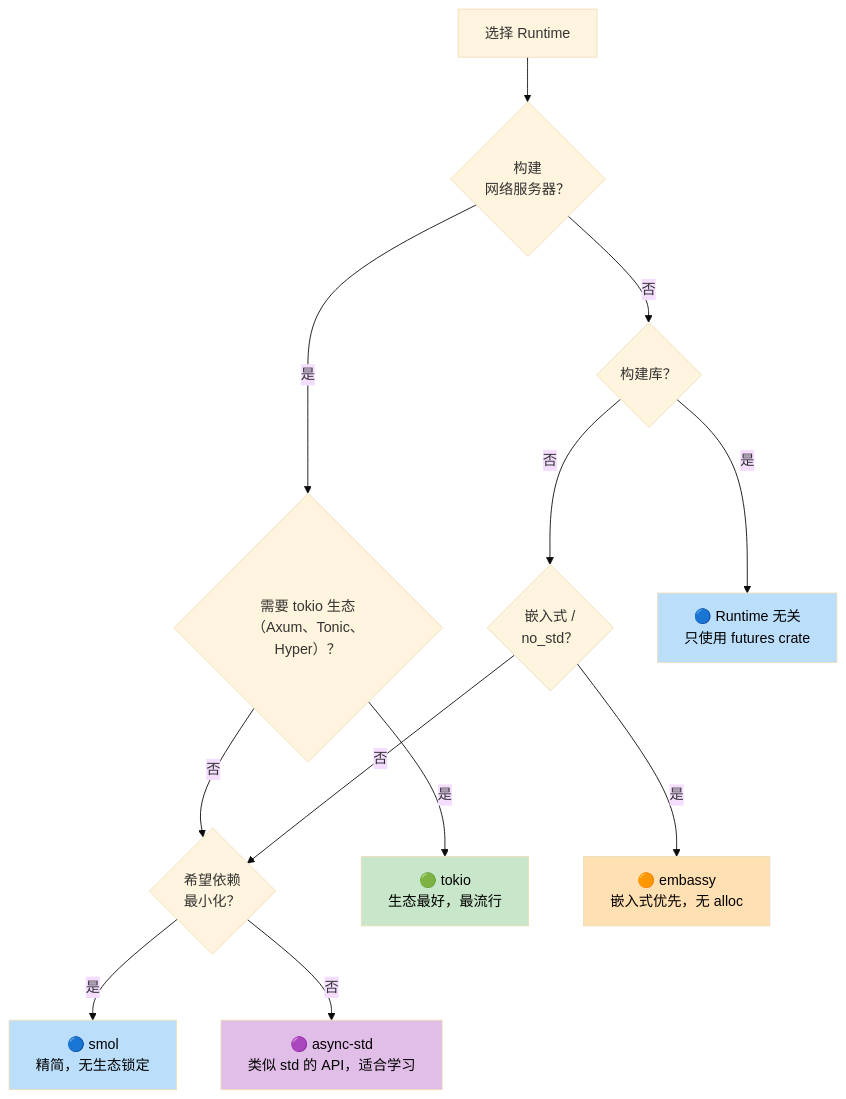
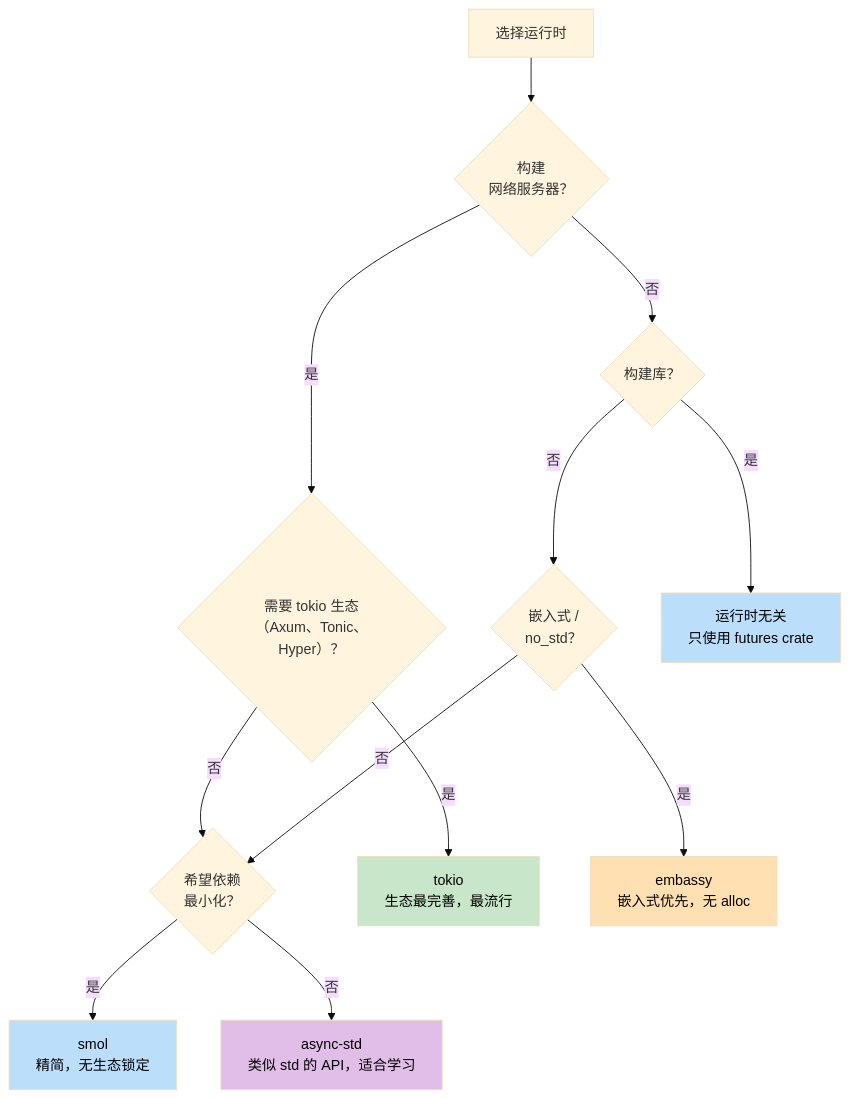
Before and after one commit to hearsay316/RustTraining: the third of 3 diagrams in async-book/src-zh/ch07-executors-and-runtimes.md, drawn with Mermaid (base theme). The commit also changed other lines of this file and 20 other files, not shown here.

````diff
--- a/async-book/src-zh/ch07-executors-and-runtimes.md
+++ b/async-book/src-zh/ch07-executors-and-runtimes.md
@@ -237,34 +345,34 @@
 ```mermaid
 graph TD
-    START["选择 Runtime"]
+    START["选择运行时"]
 
     Q1{"构建<br/>网络服务器？"}
     Q2{"需要 tokio 生态<br/>（Axum、Tonic、Hyper）？"}
     Q3{"构建库？"}
     Q4{"嵌入式 /<br/>no_std？"}
     Q5{"希望依赖<br/>最小化？"}
 
-    TOKIO["🟢 tokio<br/>生态最好，最流行"]
-    SMOL["🔵 smol<br/>精简，无生态锁定"]
-    EMBASSY["🟠 embassy<br/>嵌入式优先，无 alloc"]
-    ASYNC_STD["🟣 async-std<br/>类似 std 的 API，适合学习"]
-    AGNOSTIC["🔵 Runtime 无关<br/>只使用 futures crate"]
+    TOKIO["tokio<br/>生态最完善，最流行"]
+    SMOL["smol<br/>精简，无生态锁定"]
+    EMBASSY["embassy<br/>嵌入式优先，无 alloc"]
+    ASYNC_STD["async-std<br/>类似 std 的 API，适合学习"]
+    AGNOSTIC["运行时无关<br/>只使用 futures crate"]
 
     START --> Q1
     Q1 -->|是| Q2
     Q1 -->|否| Q3
     Q2 -->|是| TOKIO
     Q2 -->|否| Q5
     Q3 -->|是| AGNOSTIC
     Q3 -->|否| Q4
     Q4 -->|是| EMBASSY
     Q4 -->|否| Q5
     Q5 -->|是| SMOL
     Q5 -->|否| ASYNC_STD
 
     style TOKIO fill:#c8e6c9,color:#000
     style SMOL fill:#bbdefb,color:#000
     style EMBASSY fill:#ffe0b2,color:#000
     style ASYNC_STD fill:#e1bee7,color:#000
     style AGNOSTIC fill:#bbdefb,color:#000
 ```
````
